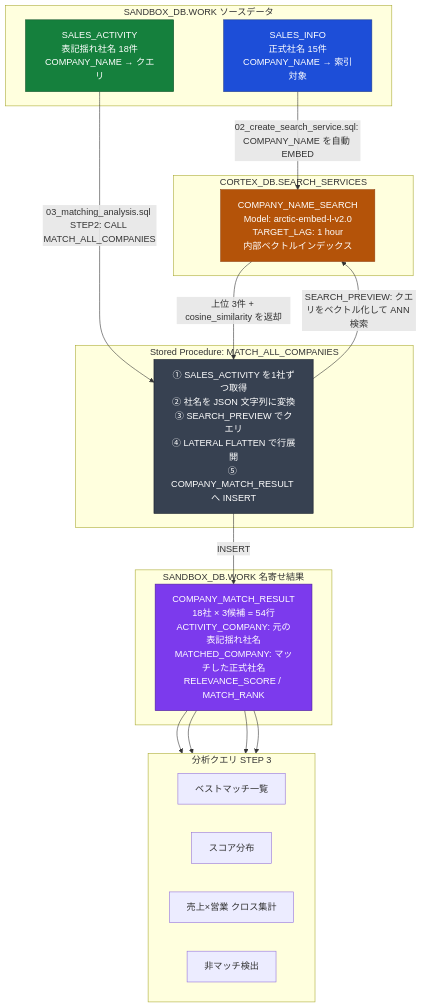
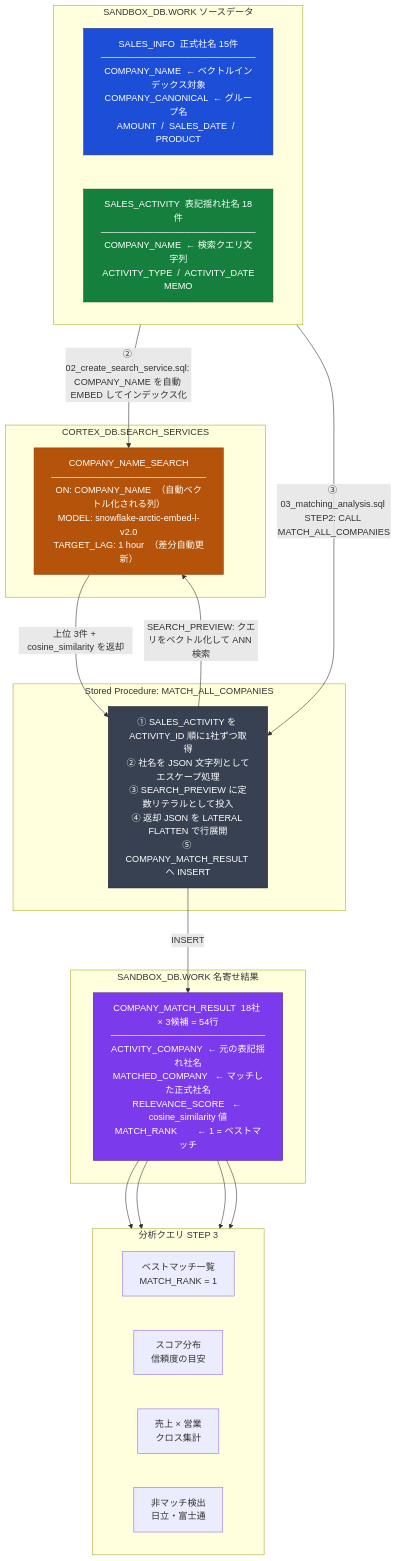
Before and after one commit to alfortx/Snowflake_Sandbox: the diagram in docs/company_matching_design.md, drawn with Mermaid.

Commit message:
fix(docs): Mermaidノードのテキスト幅を均等化・nodeSpacing調整

````diff
--- a/docs/company_matching_design.md
+++ b/docs/company_matching_design.md
@@ -9,43 +9,45 @@
 ```mermaid
+%%{init: {"flowchart": {"nodeSpacing": 60, "rankSpacing": 80}}}%%
 flowchart TD
     subgraph SRC["SANDBOX_DB.WORK  ソースデータ"]
-        SI["SALES_INFO<br/>正式社名 15件<br/>COMPANY_NAME → 索引対象"]
-        SA["SALES_ACTIVITY<br/>表記揺れ社名 18件<br/>COMPANY_NAME → クエリ"]
+        direction LR
+        SI["SALES_INFO  正式社名 15件<br/>────────────────────────<br/>COMPANY_NAME  ← ベクトルインデックス対象<br/>COMPANY_CANONICAL  ← グループ名<br/>AMOUNT  /  SALES_DATE  /  PRODUCT"]
+        SA["SALES_ACTIVITY  表記揺れ社名 18件<br/>────────────────────────<br/>COMPANY_NAME  ← 検索クエリ文字列<br/>ACTIVITY_TYPE  /  ACTIVITY_DATE<br/>MEMO"]
     end
 
     subgraph CSS_BOX["CORTEX_DB.SEARCH_SERVICES"]
-        CSS["COMPANY_NAME_SEARCH<br/>Model: arctic-embed-l-v2.0<br/>TARGET_LAG: 1 hour<br/>内部ベクトルインデックス"]
+        CSS["COMPANY_NAME_SEARCH<br/>────────────────────────<br/>ON: COMPANY_NAME  （自動ベクトル化される列）<br/>MODEL: snowflake-arctic-embed-l-v2.0<br/>TARGET_LAG: 1 hour  （差分自動更新）"]
     end
 
     subgraph PROC_BOX["Stored Procedure: MATCH_ALL_COMPANIES"]
-        PROC["① SALES_ACTIVITY を1社ずつ取得<br/>② 社名を JSON 文字列に変換<br/>③ SEARCH_PREVIEW でクエリ<br/>④ LATERAL FLATTEN で行展開<br/>⑤ COMPANY_MATCH_RESULT へ INSERT"]
+        PROC["① SALES_ACTIVITY を ACTIVITY_ID 順に1社ずつ取得<br/>② 社名を JSON 文字列としてエスケープ処理<br/>③ SEARCH_PREVIEW に定数リテラルとして投入<br/>④ 返却 JSON を LATERAL FLATTEN で行展開<br/>⑤ COMPANY_MATCH_RESULT へ INSERT"]
     end
 
     subgraph RESULT_BOX["SANDBOX_DB.WORK  名寄せ結果"]
-        MR["COMPANY_MATCH_RESULT<br/>18社 × 3候補 = 54行<br/>ACTIVITY_COMPANY: 元の表記揺れ社名<br/>MATCHED_COMPANY: マッチした正式社名<br/>RELEVANCE_SCORE / MATCH_RANK"]
+        MR["COMPANY_MATCH_RESULT  18社 × 3候補 = 54行<br/>────────────────────────<br/>ACTIVITY_COMPANY  ← 元の表記揺れ社名<br/>MATCHED_COMPANY   ← マッチした正式社名<br/>RELEVANCE_SCORE   ← cosine_similarity 値<br/>MATCH_RANK        ← 1 = ベストマッチ"]
     end
 
-    subgraph ANA["分析クエリ STEP 3"]
+    subgraph ANA["分析クエリ  STEP 3"]
         direction LR
-        A1["ベストマッチ一覧"]
-        A2["スコア分布"]
-        A3["売上×営業 クロス集計"]
-        A4["非マッチ検出"]
+        A1["ベストマッチ一覧<br/>MATCH_RANK = 1"]
+        A2["スコア分布<br/>信頼度の目安"]
+        A3["売上 × 営業<br/>クロス集計"]
+        A4["非マッチ検出<br/>日立・富士通"]
     end
 
-    SI -- "02_create_search_service.sql: COMPANY_NAME を自動 EMBED" --> CSS
-    SA -- "03_matching_analysis.sql STEP2: CALL MATCH_ALL_COMPANIES" --> PROC
+    SI -- "② 02_create_search_service.sql: COMPANY_NAME を自動 EMBED してインデックス化" --> CSS
+    SA -- "③ 03_matching_analysis.sql STEP2: CALL MATCH_ALL_COMPANIES" --> PROC
     PROC -- "SEARCH_PREVIEW: クエリをベクトル化して ANN 検索" --> CSS
     CSS -- "上位 3件 + cosine_similarity を返却" --> PROC
     PROC -- "INSERT" --> MR
     MR --> A1
     MR --> A2
     MR --> A3
     MR --> A4
 
     style SI fill:#1d4ed8,stroke:#1e3a8a,color:#ffffff
     style SA fill:#15803d,stroke:#14532d,color:#ffffff
     style CSS fill:#b45309,stroke:#92400e,color:#ffffff
     style MR fill:#7c3aed,stroke:#4c1d95,color:#ffffff
     style PROC fill:#374151,stroke:#111827,color:#ffffff
 ```
````
